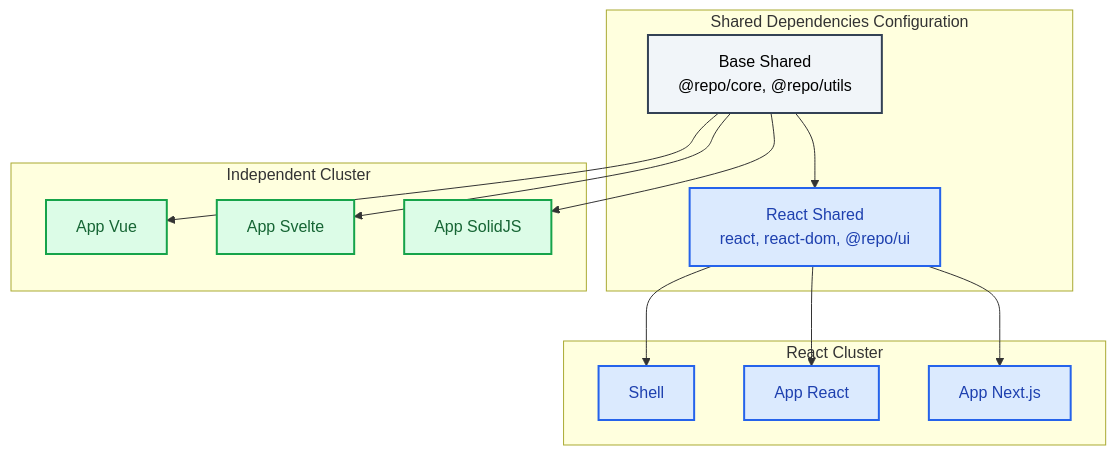
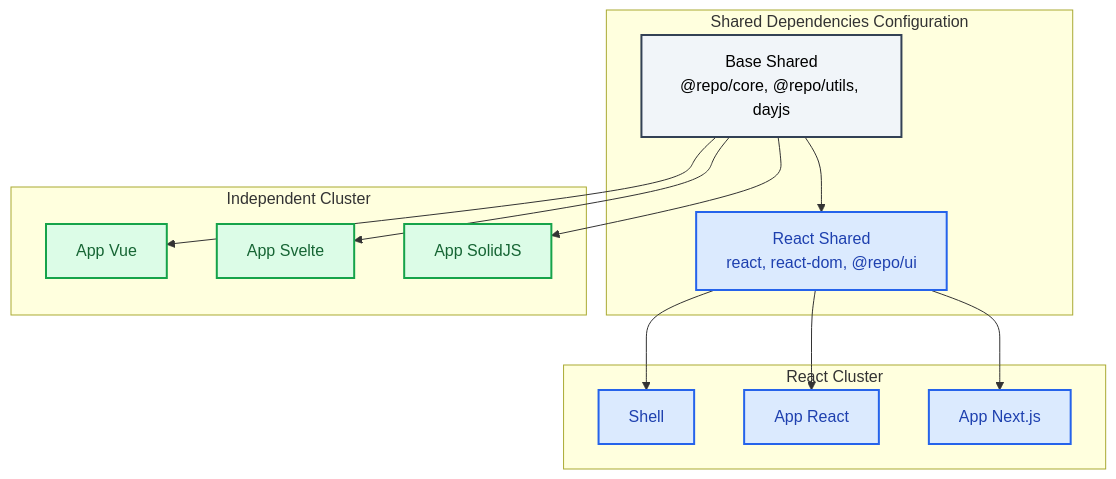
Before and after one commit to tian972k/micro-fontend-base: the fifth of 7 diagrams in docs/ARCHITECTURE.md, drawn with Mermaid. The commit also changed other lines of this file and 136 other files, not shown here.

````diff
--- a/docs/ARCHITECTURE.md
+++ b/docs/ARCHITECTURE.md
@@ -257,32 +298,32 @@
 ```mermaid
 flowchart TD
     subgraph "Shared Dependencies Configuration"
-        Base["Base Shared<br/>@repo/core, @repo/utils"]:::base
+        Base["Base Shared<br/>@repo/core, @repo/utils, dayjs"]:::base
         ReactDeps["React Shared<br/>react, react-dom, @repo/ui"]:::react
     end
 
     subgraph "React Cluster"
         Shell:::react
         AppReact["App React"]:::react
         AppNext["App Next.js"]:::react
     end
 
     subgraph "Independent Cluster"
         AppVue["App Vue"]:::poly
         AppSvelte["App Svelte"]:::poly
         AppSolid["App SolidJS"]:::poly
     end
 
     Base --> ReactDeps
     Base --> AppVue
     Base --> AppSvelte
     Base --> AppSolid
 
     ReactDeps --> Shell
     ReactDeps --> AppReact
     ReactDeps --> AppNext
 
     classDef base fill:#f1f5f9,stroke:#334155,stroke-width:2px,color:#000
     classDef react fill:#dbeafe,stroke:#2563eb,stroke-width:2px,color:#1e40af
     classDef poly fill:#dcfce7,stroke:#16a34a,stroke-width:2px,color:#166534
 ```
````
